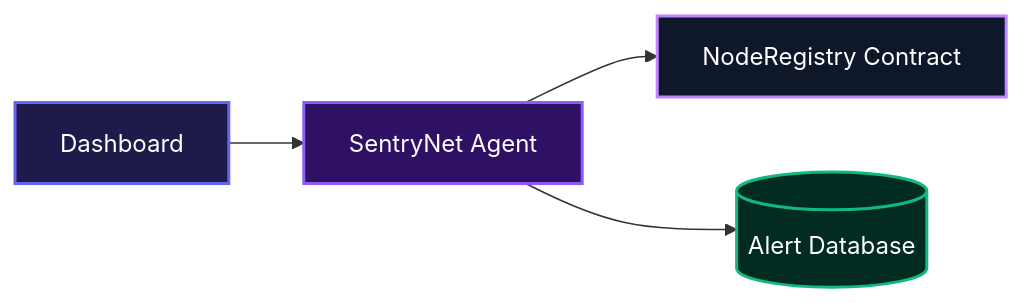
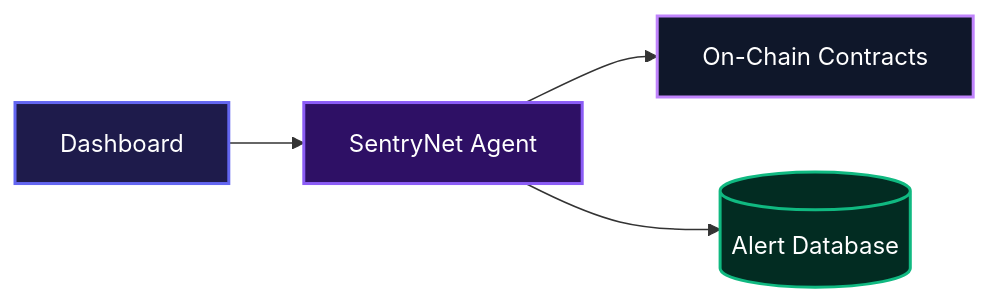
The first of 3 diagrams in README.md (jamzy-codes/sentrynet), drawn with Mermaid before and after one commit. The commit also changed other lines of this file and 1 other file, not shown here.

````diff
--- a/README.md
+++ b/README.md
@@ -7,16 +7,16 @@
 ```mermaid
 flowchart LR
     UI["Dashboard"]
     Agent["SentryNet Agent"]
-    Contract["NodeRegistry Contract"]
+    Contracts["On-Chain Contracts"]
     DB[("Alert Database")]
 
     UI --> Agent
-    Agent --> Contract
+    Agent --> Contracts
     Agent --> DB
 
     style UI fill:#1e1b4b,stroke:#6366f1,stroke-width:2px,color:#fff
     style Agent fill:#2e1065,stroke:#8b5cf6,stroke-width:2px,color:#fff
-    style Contract fill:#0f172a,stroke:#c084fc,stroke-width:2px,color:#fff
+    style Contracts fill:#0f172a,stroke:#c084fc,stroke-width:2px,color:#fff
     style DB fill:#022c22,stroke:#10b981,stroke-width:2px,color:#fff
 ```
````
